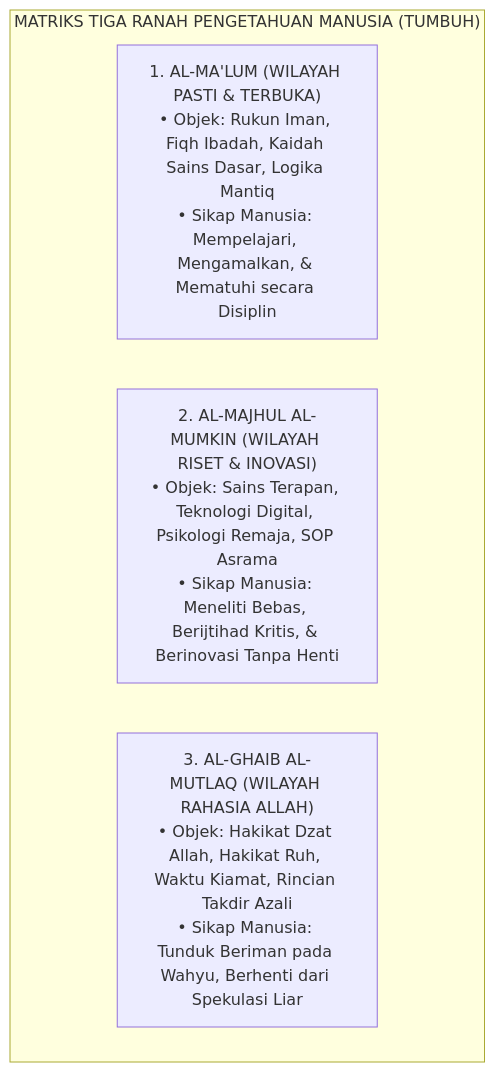
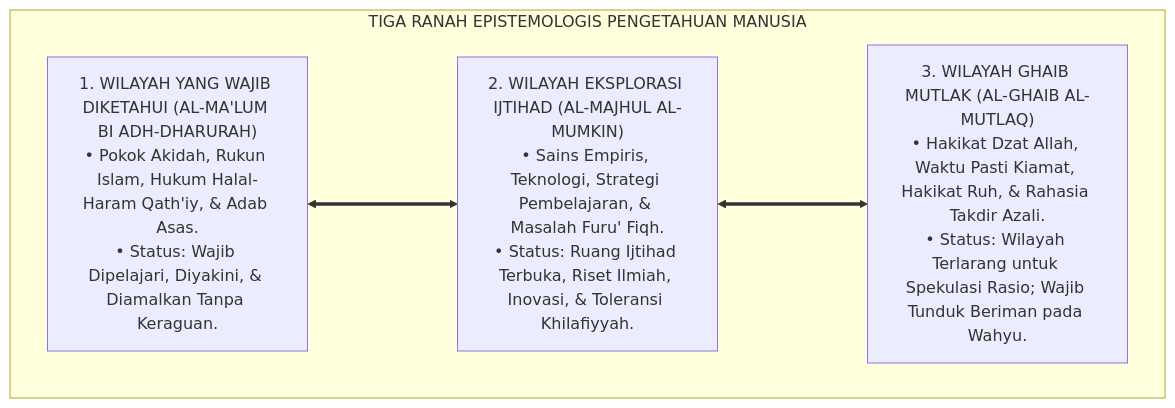
Before and after one commit to wandiapriliyandi/tumbuh: the third of 5 diagrams in 01 Philosophy/01 Worldview/02 Epistemologi TUMBUH/P1-01-02-05-Batas-Pengetahuan-Manusia.md, drawn with Mermaid. The commit also changed other lines of this file and 9 other files, not shown here.

Commit message:
docs(epistemology & human-nature): reconstruct all 02 Epistemologi TUMBUH, master P1-01 Worldview, and P1-02-01 Hakikat Fitrah to pure academic monograph standard

````diff
--- a/01 Philosophy/01 Worldview/02 Epistemologi TUMBUH/P1-01-02-05-Batas-Pengetahuan-Manusia.md
+++ b/01 Philosophy/01 Worldview/02 Epistemologi TUMBUH/P1-01-02-05-Batas-Pengetahuan-Manusia.md
@@ -363,10 +126,13 @@
 ```mermaid
-graph TD
-    subgraph TigaRanahEpistemologi["MATRIKS TIGA RANAH PENGETAHUAN MANUSIA (TUMBUH)"]
-        R1["1. AL-MA'LUM (WILAYAH PASTI & TERBUKA)<br/>• Objek: Rukun Iman, Fiqh Ibadah, Kaidah Sains Dasar, Logika Mantiq<br/>• Sikap Manusia: Mempelajari, Mengamalkan, & Mematuhi secara Disiplin"]
+flowchart TD
+    subgraph TigaRanahEpistemologiTUMBUH["TIGA RANAH EPISTEMOLOGIS PENGETAHUAN MANUSIA"]
         
-        R2["2. AL-MAJHUL AL-MUMKIN (WILAYAH RISET & INOVASI)<br/>• Objek: Sains Terapan, Teknologi Digital, Psikologi Remaja, SOP Asrama<br/>• Sikap Manusia: Meneliti Bebas, Berijtihad Kritis, & Berinovasi Tanpa Henti"]
+        R1["1. WILAYAH YANG WAJIB DIKETAHUI (AL-MA'LUM BI ADH-DHARURAH)<br/>• Pokok Akidah, Rukun Islam, Hukum Halal-Haram Qath'iy, & Adab Asas.<br/>• Status: Wajib Dipelajari, Diyakini, & Diamalkan Tanpa Keraguan."]
         
-        R3["3. AL-GHAIB AL-MUTLAQ (WILAYAH RAHASIA ALLAH)<br/>• Objek: Hakikat Dzat Allah, Hakikat Ruh, Waktu Kiamat, Rincian Takdir Azali<br/>• Sikap Manusia: Tunduk Beriman pada Wahyu, Berhenti dari Spekulasi Liar"]
+        R2["2. WILAYAH EKSPLORASI IJTIHAD (AL-MAJHUL AL-MUMKIN)<br/>• Sains Empiris, Teknologi, Strategi Pembelajaran, & Masalah Furu' Fiqh.<br/>• Status: Ruang Ijtihad Terbuka, Riset Ilmiah, Inovasi, & Toleransi Khilafiyyah."]
+        
+        R3["3. WILAYAH GHAIB MUTLAK (AL-GHAIB AL-MUTLAQ)<br/>• Hakikat Dzat Allah, Waktu Pasti Kiamat, Hakikat Ruh, & Rahasia Takdir Azali.<br/>• Status: Wilayah Terlarang untuk Spekulasi Rasio; Wajib Tunduk Beriman pada Wahyu."]
+        
+        R1 <===> R2 <===> R3
     end
 ```
````
